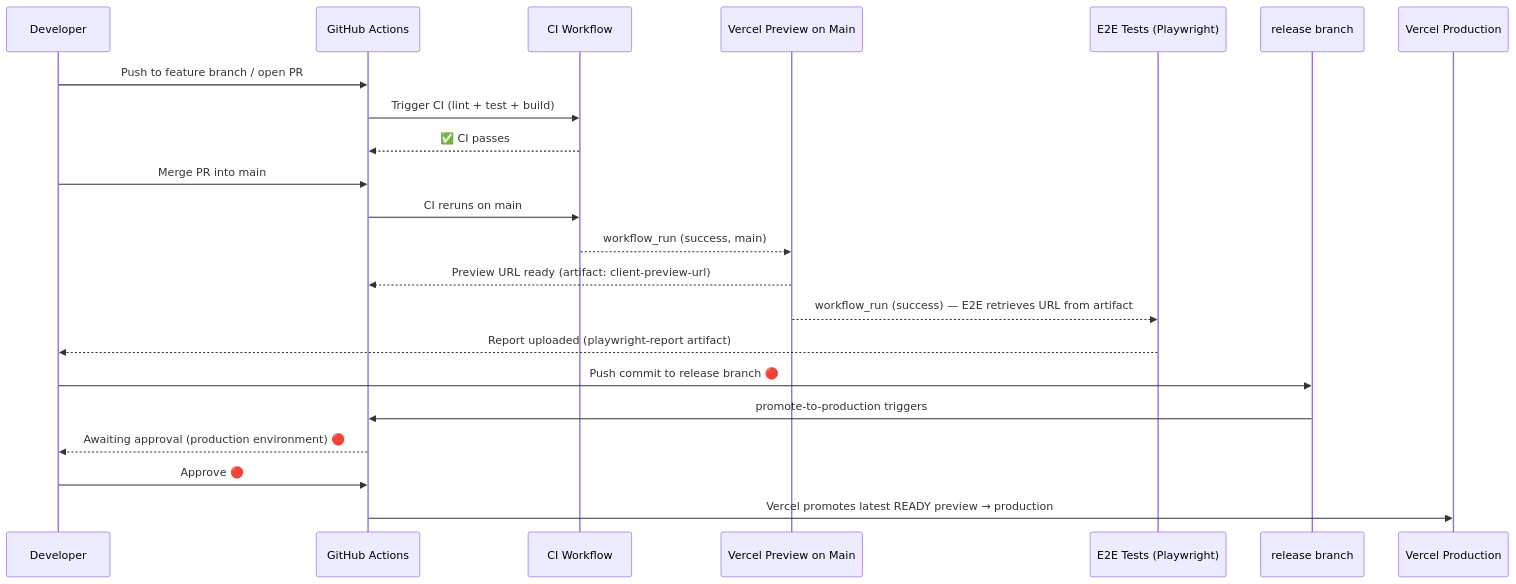
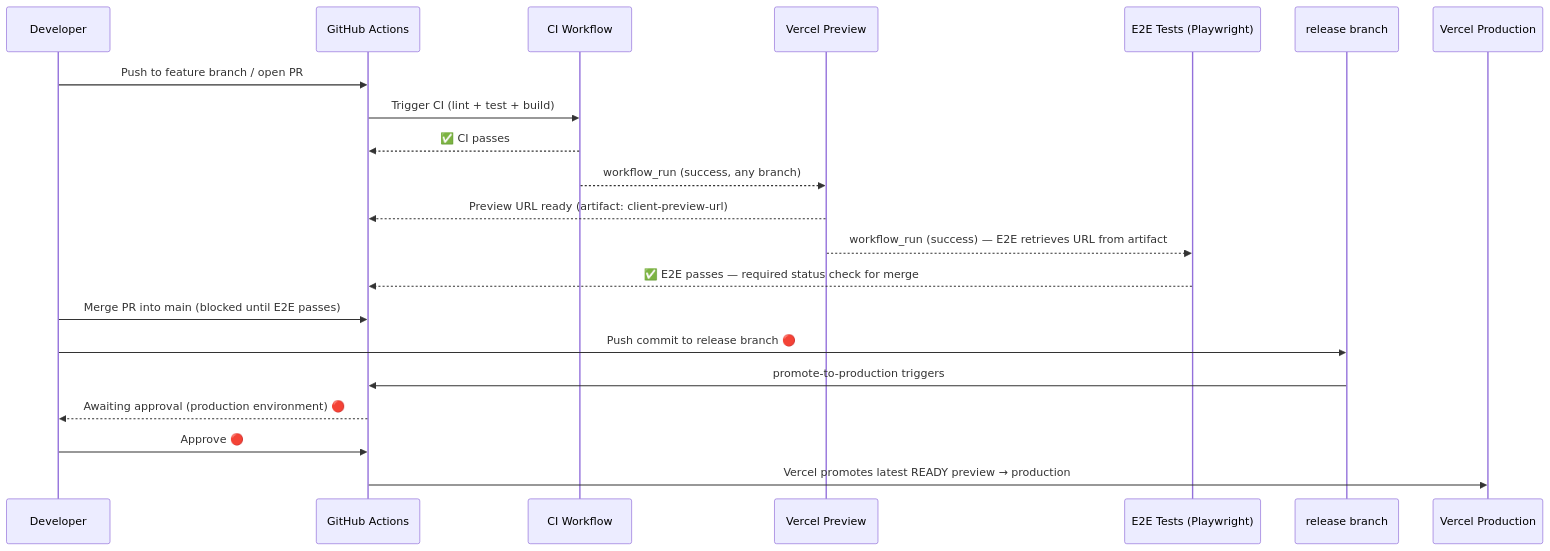
The diagram in DEPLOYMENT_GITHUB_ACTIONS.md (Khorolev/Ichnos_Protocol), drawn with Mermaid before and after one commit. The commit also changed other lines of this file and 3 other files, not shown here.

Commit message:
e2e tests run before the PR merge

````diff
--- a/DEPLOYMENT_GITHUB_ACTIONS.md
+++ b/DEPLOYMENT_GITHUB_ACTIONS.md
@@ -7,25 +7,24 @@
 ```mermaid
 sequenceDiagram
     participant Dev as Developer
     participant GH as GitHub Actions
     participant CI as CI Workflow
-    participant VP as Vercel Preview on Main
+    participant VP as Vercel Preview
     participant E2E as E2E Tests (Playwright)
     participant Rel as release branch
     participant Prod as Vercel Production
 
     Dev->>GH: Push to feature branch / open PR
     GH->>CI: Trigger CI (lint + test + build)
     CI-->>GH: ✅ CI passes
-    Dev->>GH: Merge PR into main
-    GH->>CI: CI reruns on main
-    CI-->>VP: workflow_run (success, main)
+    CI-->>VP: workflow_run (success, any branch)
     VP-->>GH: Preview URL ready (artifact: client-preview-url)
     VP-->>E2E: workflow_run (success) — E2E retrieves URL from artifact
-    E2E-->>Dev: Report uploaded (playwright-report artifact)
+    E2E-->>GH: ✅ E2E passes — required status check for merge
+    Dev->>GH: Merge PR into main (blocked until E2E passes)
     Dev->>Rel: Push commit to release branch 🔴
     Rel->>GH: promote-to-production triggers
     GH-->>Dev: Awaiting approval (production environment) 🔴
     Dev->>GH: Approve 🔴
     GH->>Prod: Vercel promotes latest READY preview → production
 ```
````
